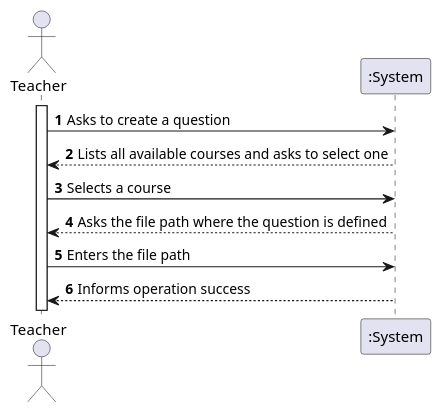
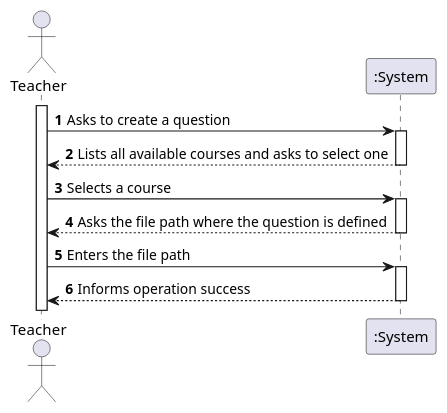
One commit to miseEnPlace-dev/lapr4 changed the diagram in docs/sprint-b/us20-2007/US2007_SSD.puml. Above: the diagram before and after it, drawn with PlantUML. The commit also changed 1 other file, not shown here.

```diff
--- a/docs/sprint-b/us20-2007/US2007_SSD.puml
+++ b/docs/sprint-b/us20-2007/US2007_SSD.puml
@@ -1,16 +1,22 @@
 @startuml US2007_SSD
 autonumber
 
 actor "Teacher" as TEACHER
 participant ":System" as SYS
 
 activate TEACHER
 
 TEACHER -> SYS : Asks to create a question
+activate SYS
 SYS --> TEACHER : Lists all available courses and asks to select one
+deactivate SYS
 TEACHER -> SYS : Selects a course
+activate SYS
 SYS --> TEACHER : Asks the file path where the question is defined
+deactivate SYS
 TEACHER -> SYS : Enters the file path
+activate SYS
 SYS --> TEACHER : Informs operation success
+deactivate SYS
 
 @enduml
```
